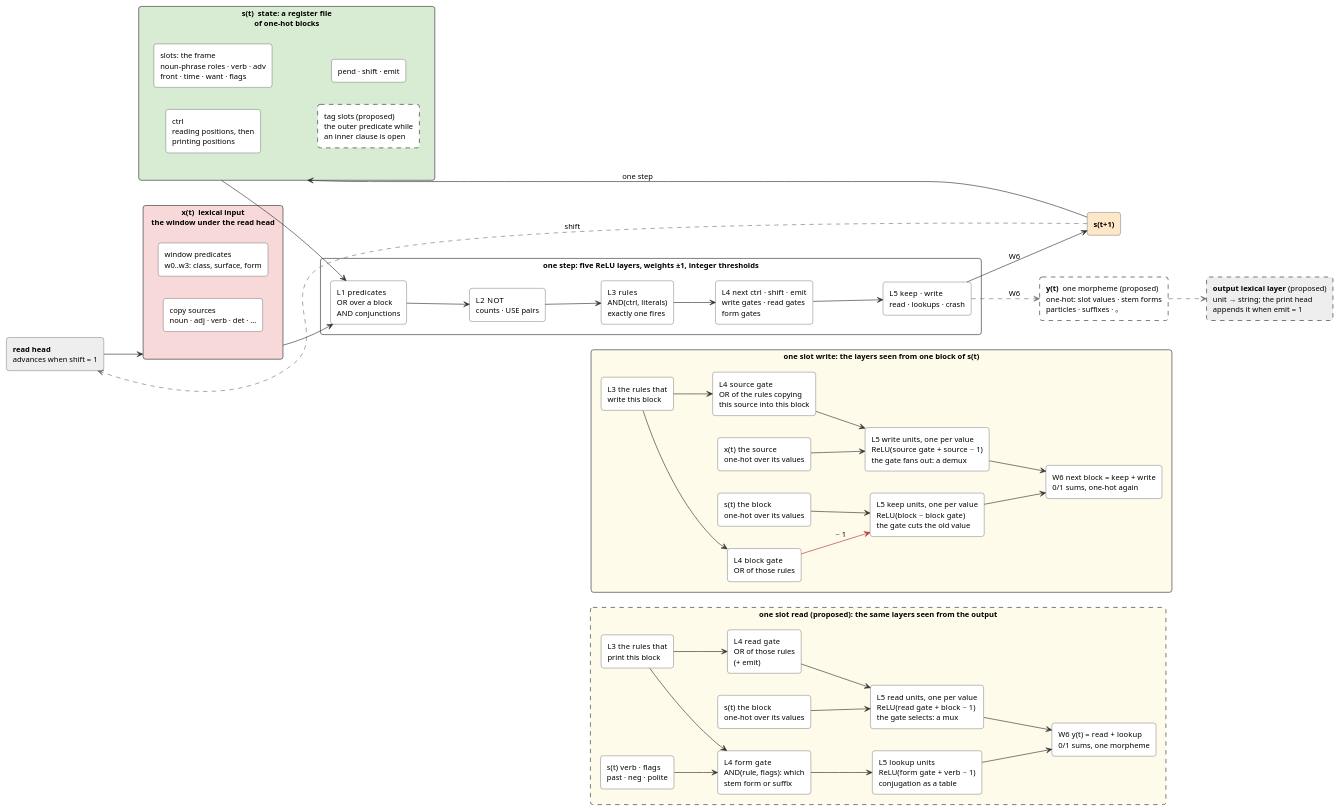
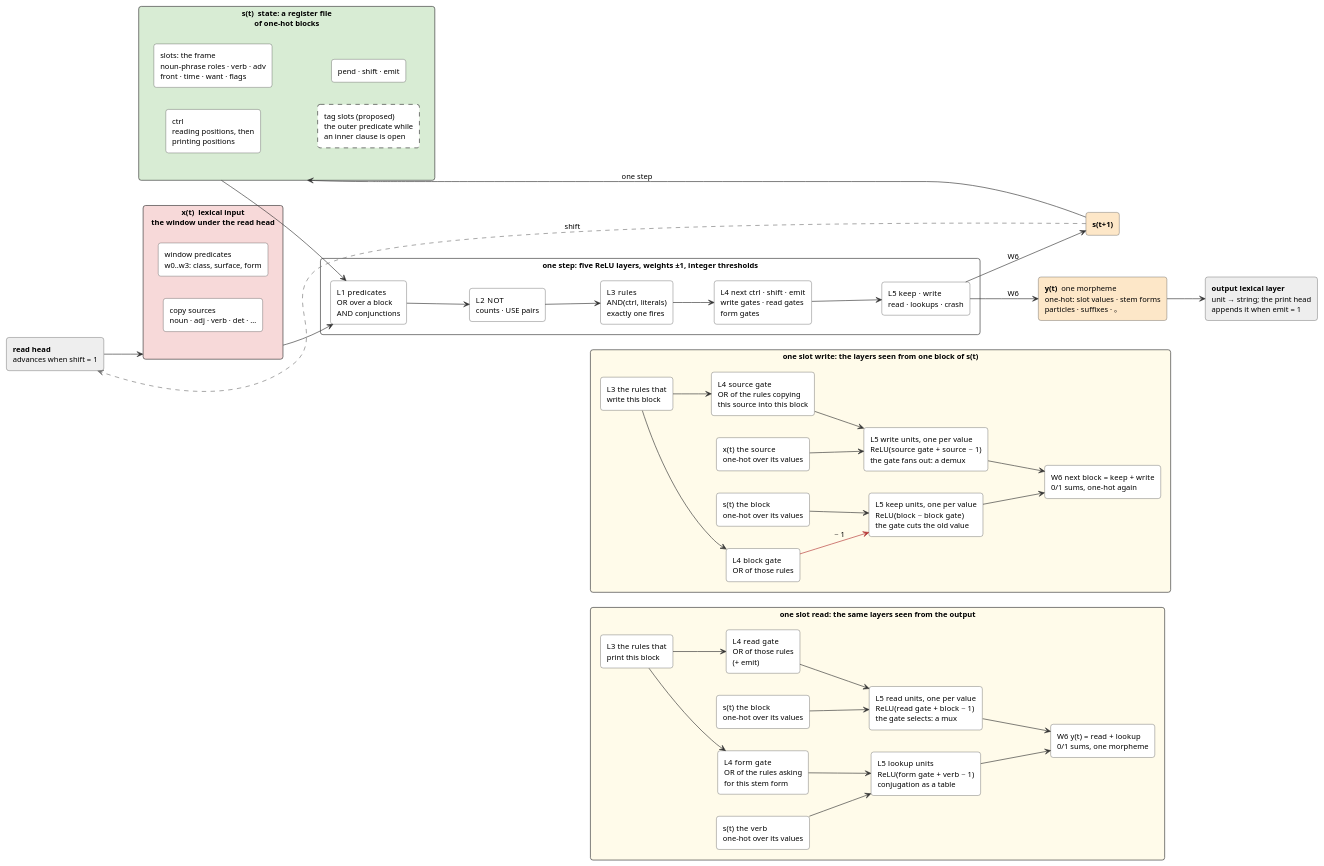
Before and after one commit to liuzix/RNNTranslator: the diagram in docs/cell.puml, drawn with PlantUML. The commit also changed 18 other files, not shown here.

```diff
--- a/docs/cell.puml
+++ b/docs/cell.puml
@@ -1,97 +1,97 @@
 @startuml cell
 ' The compiled cell as a recurrent network with two heads: a read head over the English (advanced by the shift unit) and a
 ' print head over the Japanese (advanced by the emit unit).  One state, one set of layers; reading rules consume a token
 ' and write slots, printing rules read slots and emit a token.  Below, one slot write and its mirror, one slot read.
-' Dashed boxes are proposed, not built.  Rendered hermetically by `harness/render_diagram.py` with the PlantUML jar
+' The dashed box (the tag slots) is proposed, not built.  Rendered hermetically by `harness/render_diagram.py` with the PlantUML jar
 ' pinned in docs/architecture.lock.json.
 skinparam shadowing false
 skinparam defaultFontName sans-serif
 skinparam defaultFontSize 12
 skinparam ArrowColor #333333
 skinparam rectangle {
   BorderColor #333333
   BackgroundColor #FFFFFF
   RoundCorner 8
 }
 left to right direction
 
 rectangle "**x(t)**  lexical input\nthe window under the read head" as X #F7D9D9 {
   rectangle "window predicates\nw0..w3: class, surface, form" as XP
   rectangle "copy sources\nnoun · adj · verb · det · …" as XS
 }
 
 rectangle "**s(t)**  state: a register file\nof one-hot blocks" as S #D8ECD4 {
   rectangle "ctrl\nreading positions, then\nprinting positions" as CTRL
   rectangle "slots: the frame\nnoun-phrase roles · verb · adv\nfront · time · want · flags" as SLOTS
   rectangle "tag slots (proposed)\nthe outer predicate while\nan inner clause is open" as TAGS #FFFFFF;line.dashed
   rectangle "pend · shift · emit" as PEND
 }
 
 rectangle "**one step**: five ReLU layers, weights ±1, integer thresholds" as STEP {
   rectangle "L1  predicates\nOR over a block\nAND conjunctions" as L1
   rectangle "L2  NOT\ncounts · USE pairs" as L2
   rectangle "L3  rules\nAND(ctrl, literals)\nexactly one fires" as L3
   rectangle "L4  next ctrl · shift · emit\nwrite gates · read gates\nform gates" as L4
   rectangle "L5  keep · write\nread · lookups · crash" as L5
 }
 
 rectangle "**s(t+1)**" as SN #FDE7C8
-rectangle "**y(t)**  one morpheme (proposed)\none-hot: slot values · stem forms\nparticles · suffixes · 。" as Y #FFFFFF;line.dashed
-rectangle "**output lexical layer** (proposed)\nunit → string; the print head\nappends it when emit = 1" as OUT #EEEEEE;line.dashed
+rectangle "**y(t)**  one morpheme\none-hot: slot values · stem forms\nparticles · suffixes · 。" as Y #FDE7C8
+rectangle "**output lexical layer**\nunit → string; the print head\nappends it when emit = 1" as OUT #EEEEEE
 rectangle "**read head**\nadvances when shift = 1" as HEAD #EEEEEE
 
 rectangle "**one slot write**: the layers seen from one block of s(t)" as WRITE #FFFBEA {
   rectangle "L3  the rules that\nwrite this block" as RULE
   rectangle "x(t)  the source\none-hot over its values" as SRC
   rectangle "s(t)  the block\none-hot over its values" as OLD
   rectangle "L4  block gate\nOR of those rules" as GATE
   rectangle "L4  source gate\nOR of the rules copying\nthis source into this block" as GSRC
   rectangle "L5  write units, one per value\nReLU(source gate + source − 1)\nthe gate fans out: a demux" as ANDU
   rectangle "L5  keep units, one per value\nReLU(block − block gate)\nthe gate cuts the old value" as KEEP
   rectangle "W6  next block = keep + write\n0/1 sums, one-hot again" as NEXTB
   RULE --> GATE
   RULE --> GSRC
   GSRC --> ANDU
   GATE -[#B33333]-> KEEP : −1
   SRC --> ANDU
   OLD --> KEEP
   ANDU --> NEXTB
   KEEP --> NEXTB
 }
 
-rectangle "**one slot read** (proposed): the same layers seen from the output" as READ #FFFBEA;line.dashed {
+rectangle "**one slot read**: the same layers seen from the output" as READ #FFFBEA {
   rectangle "L3  the rules that\nprint this block" as RRULE
   rectangle "s(t)  the block\none-hot over its values" as RBLK
-  rectangle "s(t)  verb · flags\npast · neg · polite" as RFLAGS
+  rectangle "s(t)  the verb\none-hot over its values" as RFLAGS
   rectangle "L4  read gate\nOR of those rules\n(+ emit)" as RGATE
-  rectangle "L4  form gate\nAND(rule, flags): which\nstem form or suffix" as RFORM
+  rectangle "L4  form gate\nOR of the rules asking\nfor this stem form" as RFORM
   rectangle "L5  read units, one per value\nReLU(read gate + block − 1)\nthe gate selects: a mux" as RAND
   rectangle "L5  lookup units\nReLU(form gate + verb − 1)\nconjugation as a table" as RLOOK
   rectangle "W6  y(t) = read + lookup\n0/1 sums, one morpheme" as YTOK
   RRULE --> RGATE
   RRULE --> RFORM
   RBLK --> RAND
   RGATE --> RAND
-  RFLAGS --> RFORM
+  RFLAGS --> RLOOK
   RFORM --> RLOOK
   RAND --> YTOK
   RLOOK --> YTOK
 }
 
 HEAD --> X
 X --> L1
 S --> L1
 L1 --> L2
 L2 --> L3
 L3 --> L4
 L4 --> L5
 L5 --> SN : W6
-L5 .[#777777].> Y : W6
+L5 --> Y : W6
 SN --> S : one step
-Y .[#777777].> OUT
+Y --> OUT
 SN .[#777777,norank].> HEAD : shift
 
 ' the insets' columns line up with the layers they zoom into
 L2 -[hidden]-> RULE
 L2 -[hidden]-> RRULE
 @enduml
```
